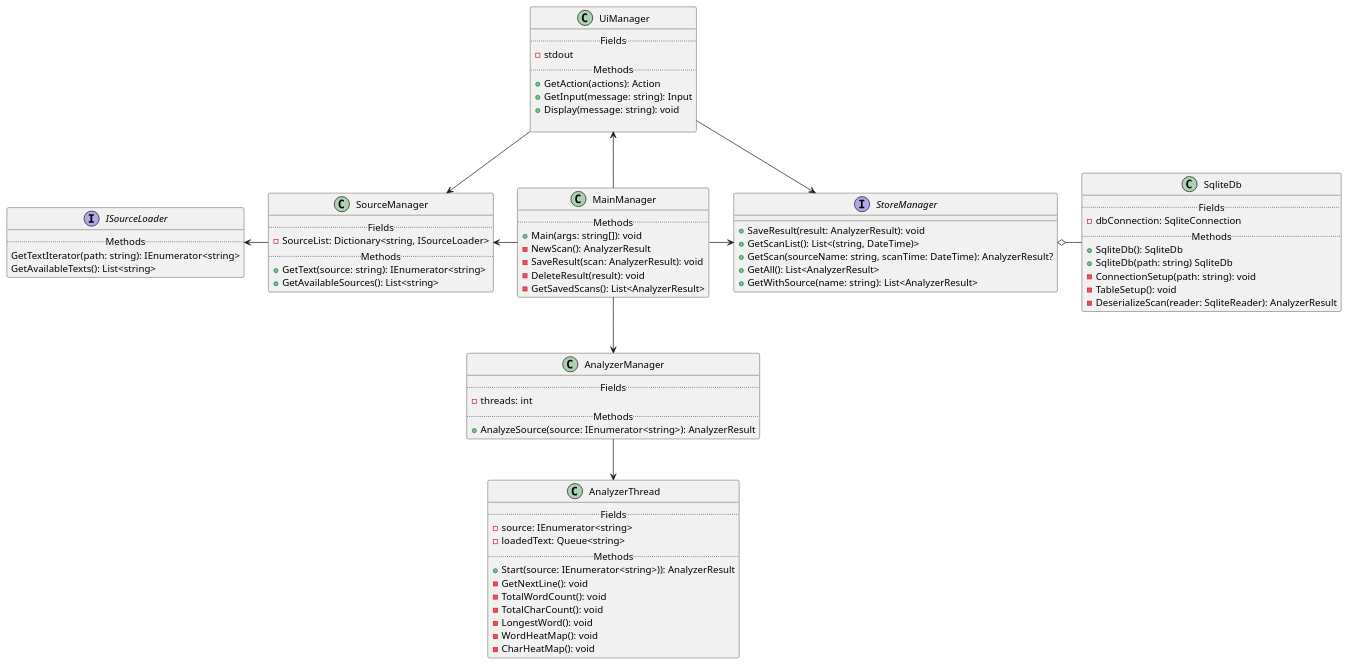
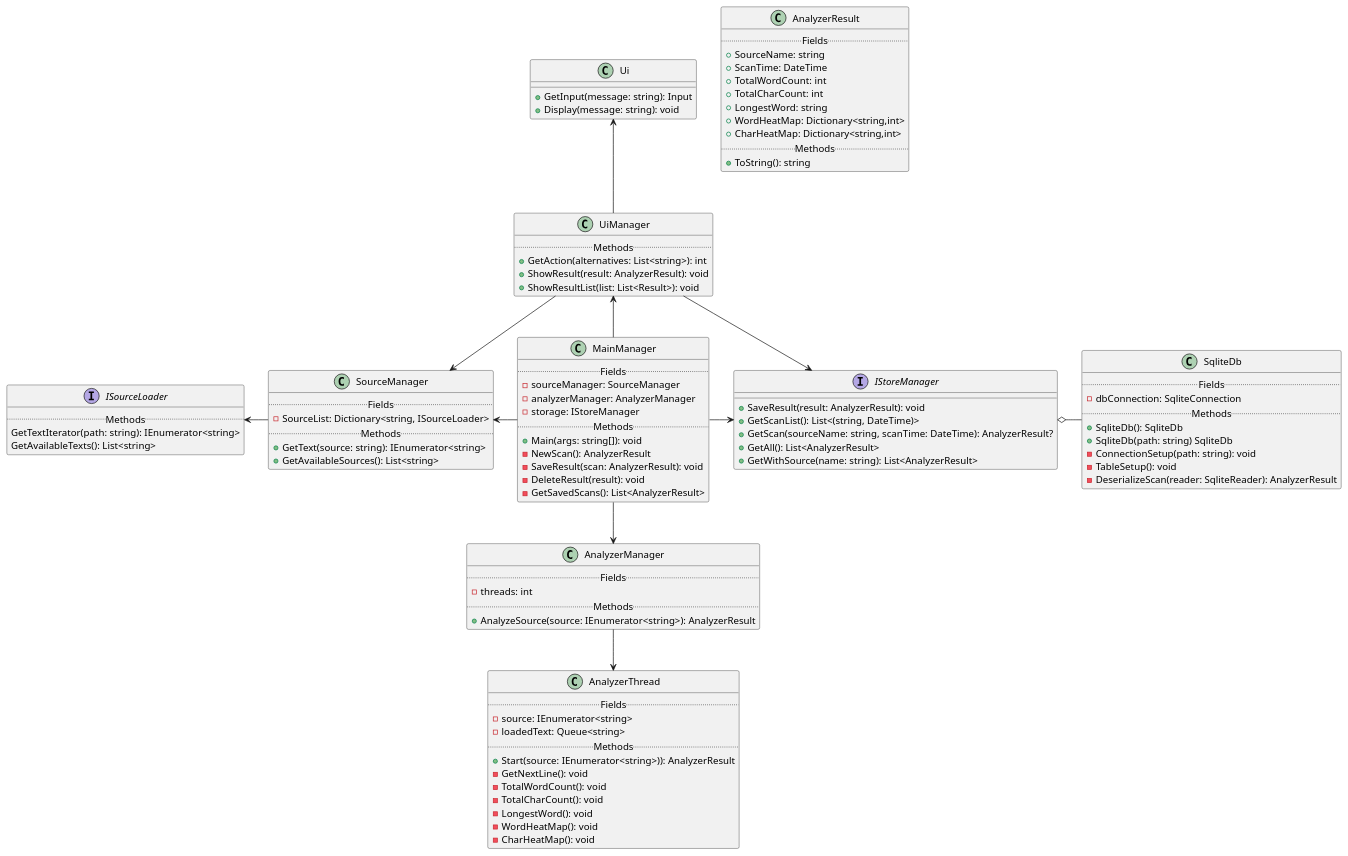
One commit to Mimeas-Studies/pgr3302-1-Software-Design-Exam changed the diagram in diagrams/ClassDiagram_V03.puml. Above: the diagram before and after it, drawn with PlantUML.

Commit message:
Added missing elements

```diff
--- a/diagrams/ClassDiagram_V03.puml
+++ b/diagrams/ClassDiagram_V03.puml
@@ -1,96 +1,117 @@
 @startuml
 'https://plantuml.com/
 
 '------interfaces & abstracts-------
 
 interface ISourceLoader {
     ..Methods..
     GetTextIterator(path: string): IEnumerator<string>
     GetAvailableTexts(): List<string>
 }
 
-interface StoreManager {
+interface IStoreManager {
     + SaveResult(result: AnalyzerResult): void
     + GetScanList(): List<(string, DateTime)>
     + GetScan(sourceName: string, scanTime: DateTime): AnalyzerResult?
     + GetAll(): List<AnalyzerResult>
     + GetWithSource(name: string): List<AnalyzerResult>
 }
 
 '-----------classes-----------------
 
+class AnalyzerResult {
+    ..Fields..
+    + SourceName: string
+    + ScanTime: DateTime
+    + TotalWordCount: int
+    + TotalCharCount: int
+    + LongestWord: string
+    + WordHeatMap: Dictionary<string,int>
+    + CharHeatMap: Dictionary<string,int>
+    ..Methods..
+    + ToString(): string
+}
+
 class MainManager {
+    ..Fields..
+    - sourceManager: SourceManager
+    - analyzerManager: AnalyzerManager
+    - storage: IStoreManager
     ..Methods..
     + Main(args: string[]): void
     - NewScan(): AnalyzerResult
     - SaveResult(scan: AnalyzerResult): void
     - DeleteResult(result): void
     - GetSavedScans(): List<AnalyzerResult>
 }
 
-class UiManager {
-    ..Fields..
-    - stdout
-    ..Methods..
-    + GetAction(actions): Action
+class Ui {
     + GetInput(message: string): Input
     + Display(message: string): void
+}
 
+class UiManager {
+    ..Methods..
+    + GetAction(alternatives: List<string>): int
+    + ShowResult(result: AnalyzerResult): void
+    + ShowResultList(list: List<Result>): void
 }
 
 class SourceManager {
     ..Fields..
     - SourceList: Dictionary<string, ISourceLoader>
     ..Methods..
     + GetText(source: string): IEnumerator<string>
     + GetAvailableSources(): List<string> 
 }
 
 class AnalyzerManager {
     ..Fields..
     - threads: int
     ..Methods..
     + AnalyzeSource(source: IEnumerator<string>): AnalyzerResult
 }
 
 class AnalyzerThread {
     ..Fields..
     - source: IEnumerator<string>
     - loadedText: Queue<string>
     ..Methods..
     + Start(source: IEnumerator<string>)): AnalyzerResult
     - GetNextLine(): void
     - TotalWordCount(): void
     - TotalCharCount(): void
     - LongestWord(): void
     - WordHeatMap(): void
     - CharHeatMap(): void
 }
 
 class SqliteDb {
     ..Fields..
     - dbConnection: SqliteConnection
     ..Methods..
     + SqliteDb(): SqliteDb
     + SqliteDb(path: string) SqliteDb
     - ConnectionSetup(path: string): void
     - TableSetup(): void
     - DeserializeScan(reader: SqliteReader): AnalyzerResult
 }
 
 '-----------Relations------------
 
 UiManager <-- MainManager
 UiManager --> SourceManager
-UiManager --> StoreManager
+UiManager --> IStoreManager
+
+Ui <-- UiManager
 
 SourceManager <- MainManager
 ISourceLoader <- SourceManager
 
 MainManager --> AnalyzerManager
 AnalyzerManager --> AnalyzerThread
 
-MainManager -> StoreManager
-StoreManager o- SqliteDb
+MainManager -> IStoreManager
+IStoreManager o- SqliteDb
 
 @enduml
```
